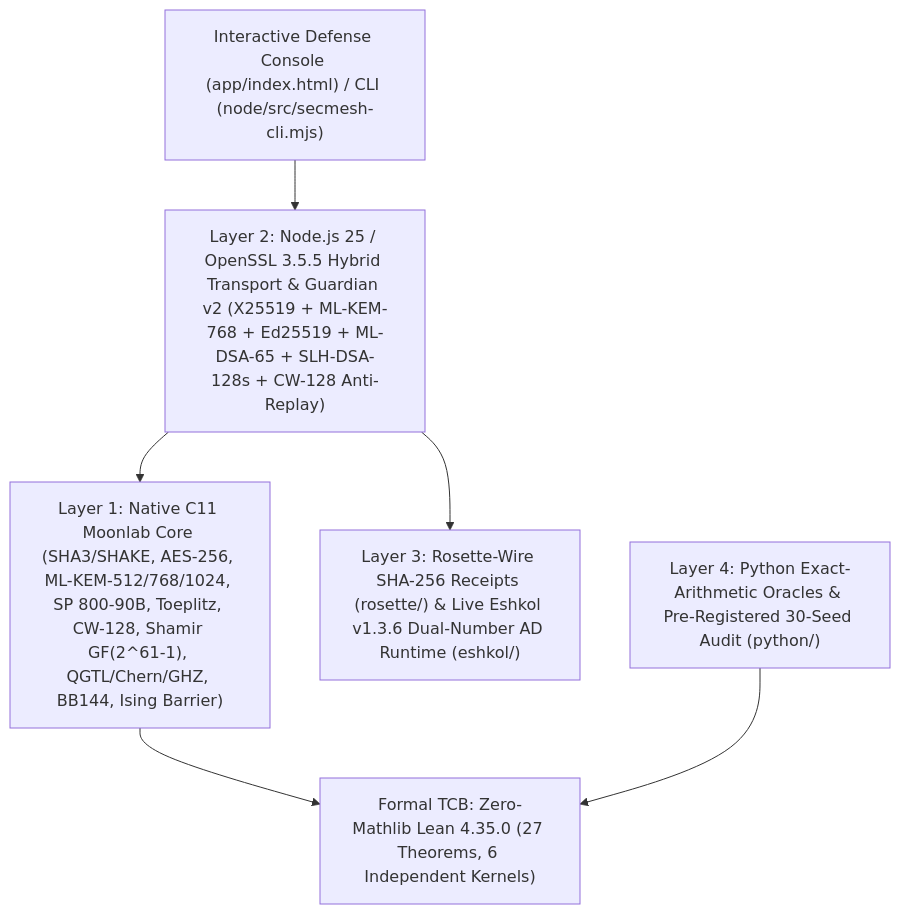
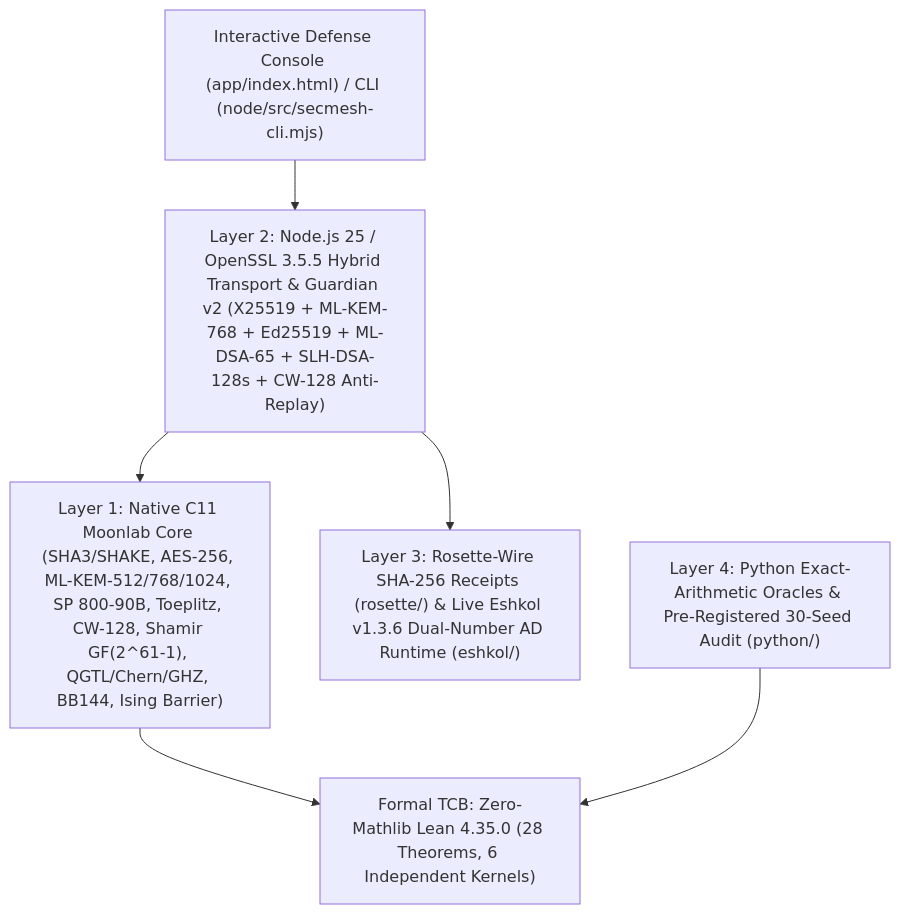
Before and after one commit to 0thernes/secmesh-pqsi: the diagram in docs/architecture.md, drawn with Mermaid. The commit also changed other lines of this file and 76 other files, not shown here.

Commit message:
release(v2.5.0): Cycle 11 CWE-347/HTTP/parser hardening, Theorem T7c Microcrypt EFI (28 theorems, 6 kernels), exact S*=2.6990 & zero-drift audit

````diff
--- a/docs/architecture.md
+++ b/docs/architecture.md
@@ -5,9 +5,9 @@
 ```mermaid
 flowchart TD
   U["Interactive Defense Console (app/index.html) / CLI (node/src/secmesh-cli.mjs)"] --> N
   N["Layer 2: Node.js 25 / OpenSSL 3.5.5 Hybrid Transport & Guardian v2 (X25519 + ML-KEM-768 + Ed25519 + ML-DSA-65 + SLH-DSA-128s + CW-128 Anti-Replay)"] --> C
   N --> R["Layer 3: Rosette-Wire SHA-256 Receipts (rosette/) & Live Eshkol v1.3.6 Dual-Number AD Runtime (eshkol/)"]
   C["Layer 1: Native C11 Moonlab Core (SHA3/SHAKE, AES-256, ML-KEM-512/768/1024, SP 800-90B, Toeplitz, CW-128, Shamir GF(2^61-1), QGTL/Chern/GHZ, BB144, Ising Barrier)"] --> L
   P["Layer 4: Python Exact-Arithmetic Oracles & Pre-Registered 30-Seed Audit (python/)"] --> L
-  L["Formal TCB: Zero-Mathlib Lean 4.35.0 (27 Theorems, 6 Independent Kernels)"]
+  L["Formal TCB: Zero-Mathlib Lean 4.35.0 (28 Theorems, 6 Independent Kernels)"]
 ```
````
